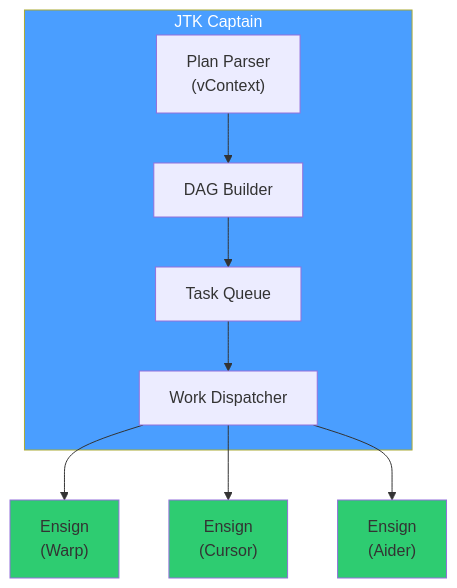
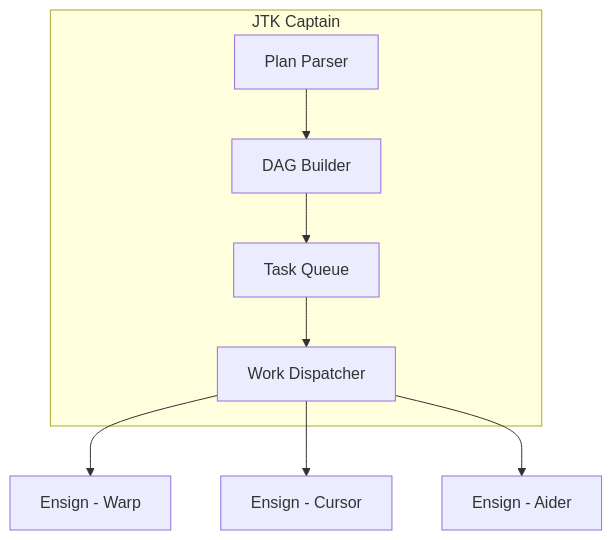
Before and after one commit to visionik/acphast: the third of 10 diagrams in docs/VISIONIK-AI-ROADMAP.md, drawn with Mermaid. The commit also changed other lines of this file, not shown here.

Commit message:
Fix Mermaid: remove colors, fix text in boxes

````diff
--- a/docs/VISIONIK-AI-ROADMAP.md
+++ b/docs/VISIONIK-AI-ROADMAP.md
@@ -88,20 +77,15 @@
 ```mermaid
 flowchart TB
     subgraph Captain["JTK Captain"]
-        Parser["Plan Parser\n(vContext)"]
+        Parser["Plan Parser"]
         DAG["DAG Builder"]
         Queue["Task Queue"]
         Dispatch["Work Dispatcher"]
         
         Parser --> DAG --> Queue --> Dispatch
     end
     
-    Dispatch --> E1["Ensign\n(Warp)"]
-    Dispatch --> E2["Ensign\n(Cursor)"]
-    Dispatch --> E3["Ensign\n(Aider)"]
-    
-    style Captain fill:#4a9eff,color:#fff
-    style E1 fill:#2ecc71
-    style E2 fill:#2ecc71
-    style E3 fill:#2ecc71
+    Dispatch --> E1["Ensign - Warp"]
+    Dispatch --> E2["Ensign - Cursor"]
+    Dispatch --> E3["Ensign - Aider"]
 ```
````
